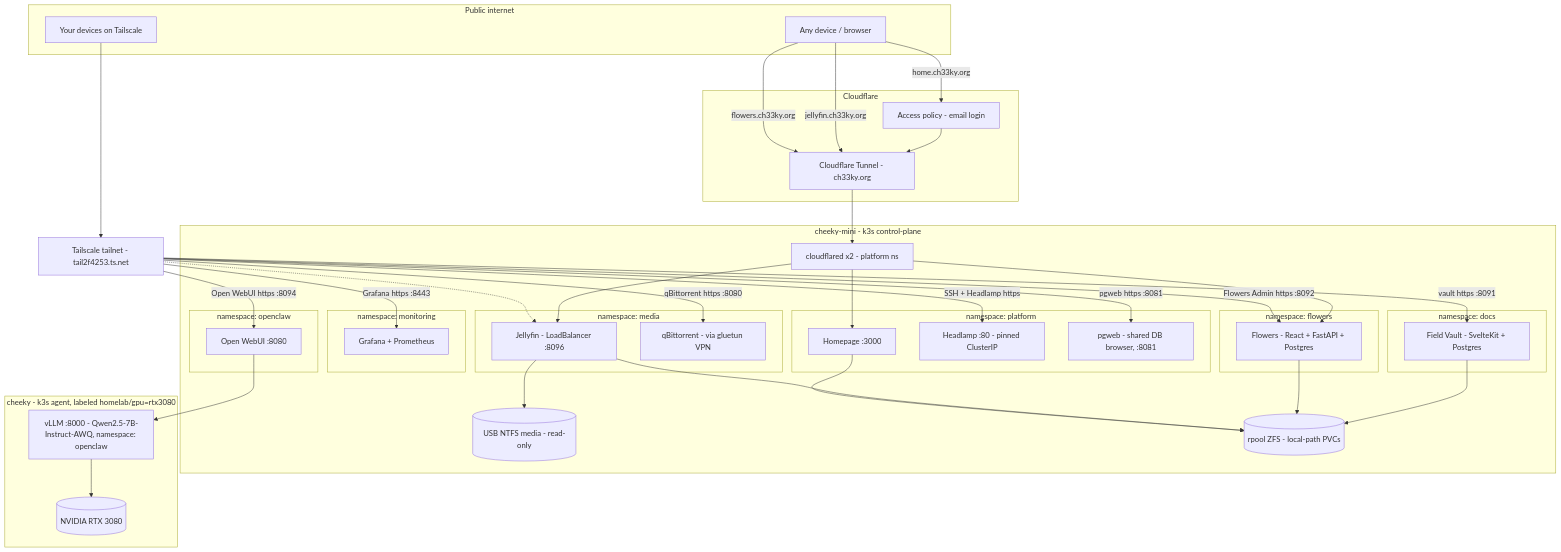
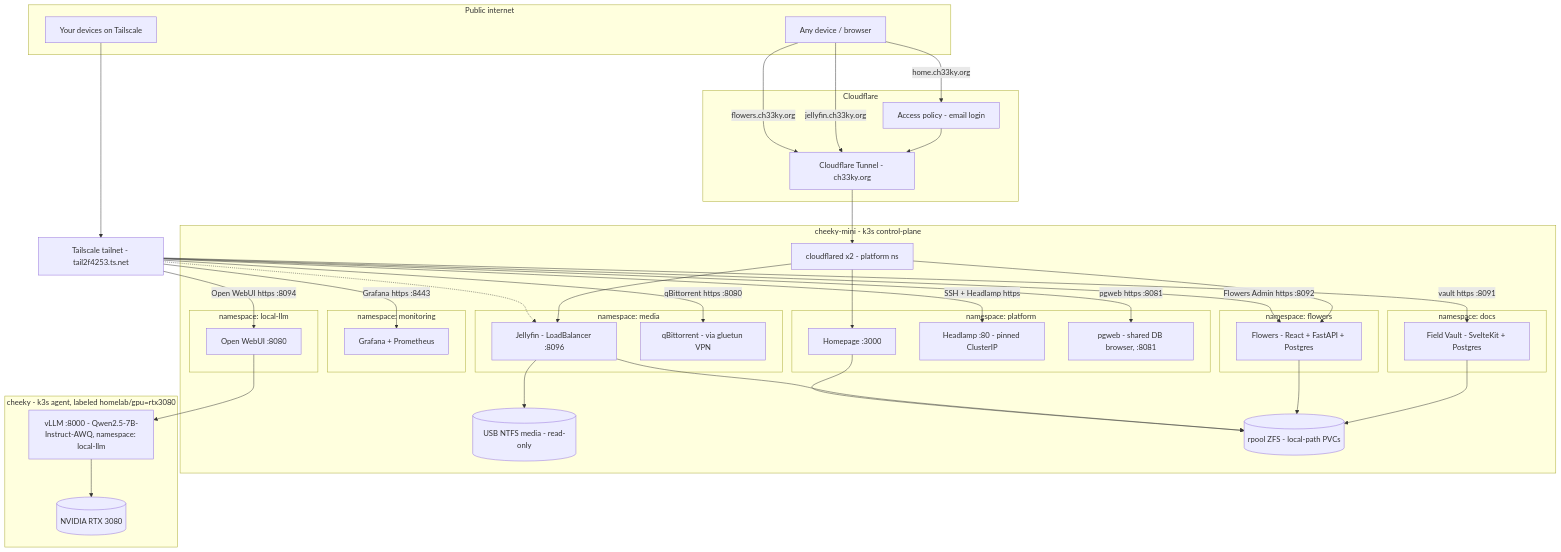
Before and after one commit to rj-1234/homelab: the diagram in README.md, drawn with Mermaid. The commit also changed other lines of this file and 10 other files, not shown here.

First line of the commit message:
feat: rename openclaw ns to local-llm, add Hermes Agent manifests

````diff
--- a/README.md
+++ b/README.md
@@ -37,70 +37,70 @@
 ```mermaid
 flowchart TB
     subgraph internet [Public internet]
         user[Any device / browser]
         phone[Your devices on Tailscale]
     end
 
     subgraph cf [Cloudflare]
         access[Access policy - email login]
         tunnel[Cloudflare Tunnel - ch33ky.org]
     end
 
     ts[Tailscale tailnet - tail2f4253.ts.net]
 
     subgraph node [cheeky-mini - k3s control-plane]
         cfd[cloudflared x2 - platform ns]
         subgraph media [namespace: media]
             jelly[Jellyfin - LoadBalancer :8096]
             qbit[qBittorrent - via gluetun VPN]
         end
         subgraph platform [namespace: platform]
             home[Homepage :3000]
             head[Headlamp :80 - pinned ClusterIP]
             pgweb[pgweb - shared DB browser, :8081]
         end
         subgraph docs [namespace: docs]
             vault[Field Vault - SvelteKit + Postgres]
         end
         subgraph flowers [namespace: flowers]
             flow[Flowers - React + FastAPI + Postgres]
         end
         subgraph monitoring [namespace: monitoring]
             graf[Grafana + Prometheus]
         end
-        subgraph openclaw [namespace: openclaw]
+        subgraph localllm [namespace: local-llm]
             owui[Open WebUI :8080]
         end
         usb[(USB NTFS media - read-only)]
         zfs[(rpool ZFS - local-path PVCs)]
     end
 
     subgraph node2 [cheeky - k3s agent, labeled homelab/gpu=rtx3080]
-        vllm[vLLM :8000 - Qwen2.5-7B-Instruct-AWQ, namespace: openclaw]
+        vllm[vLLM :8000 - Qwen2.5-7B-Instruct-AWQ, namespace: local-llm]
         gpu[(NVIDIA RTX 3080)]
     end
 
     user -->|home.ch33ky.org| access --> tunnel
     user -->|jellyfin.ch33ky.org| tunnel
     user -->|flowers.ch33ky.org| tunnel
     tunnel --> cfd
     cfd --> home
     cfd --> jelly
     cfd --> flow
     phone --> ts
     ts -->|SSH + Headlamp https| head
     ts -->|vault https :8091| vault
     ts -->|pgweb https :8081| pgweb
     ts -->|Grafana https :8443| graf
     ts -->|qBittorrent https :8080| qbit
     ts -->|Flowers Admin https :8092| flow
     ts -->|Open WebUI https :8094| owui
     ts -.-> jelly
     owui --> vllm
     vllm --> gpu
     vault --> zfs
     flow --> zfs
     jelly --> usb
     jelly --> zfs
     home --> zfs
 ```
````
